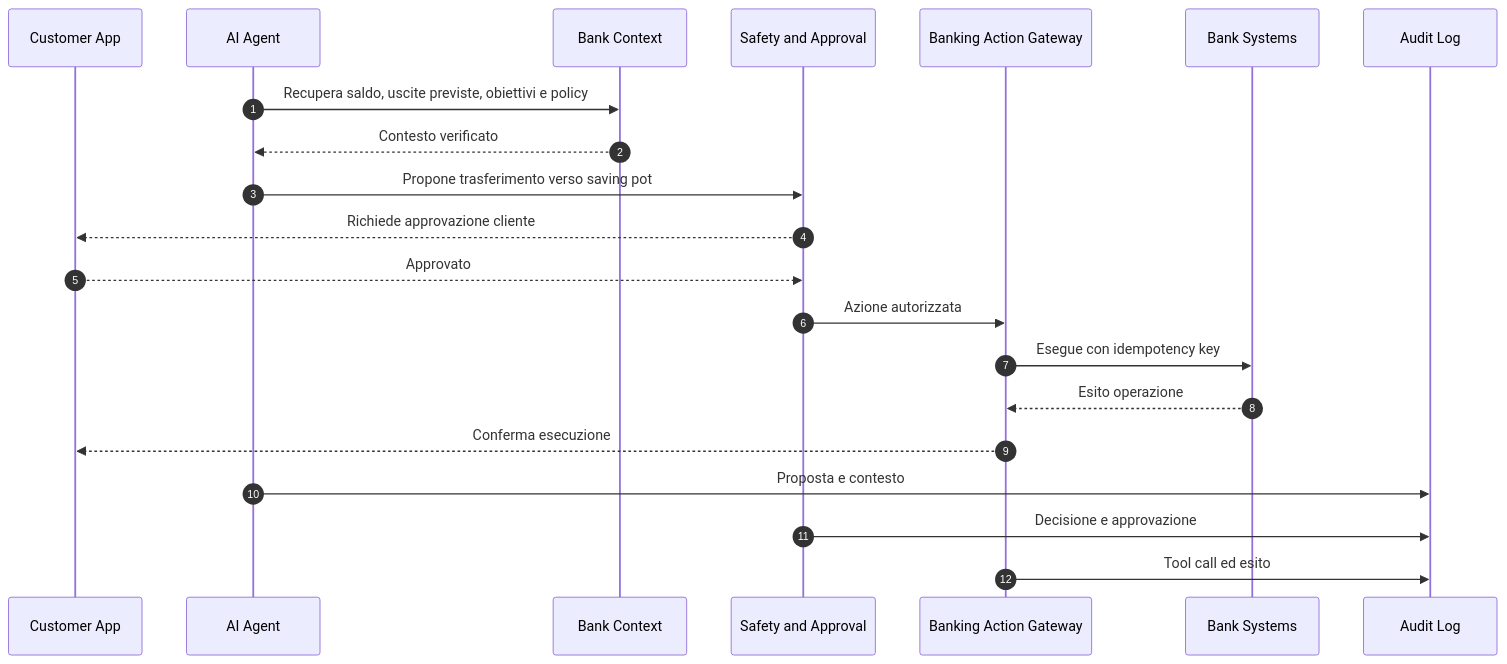
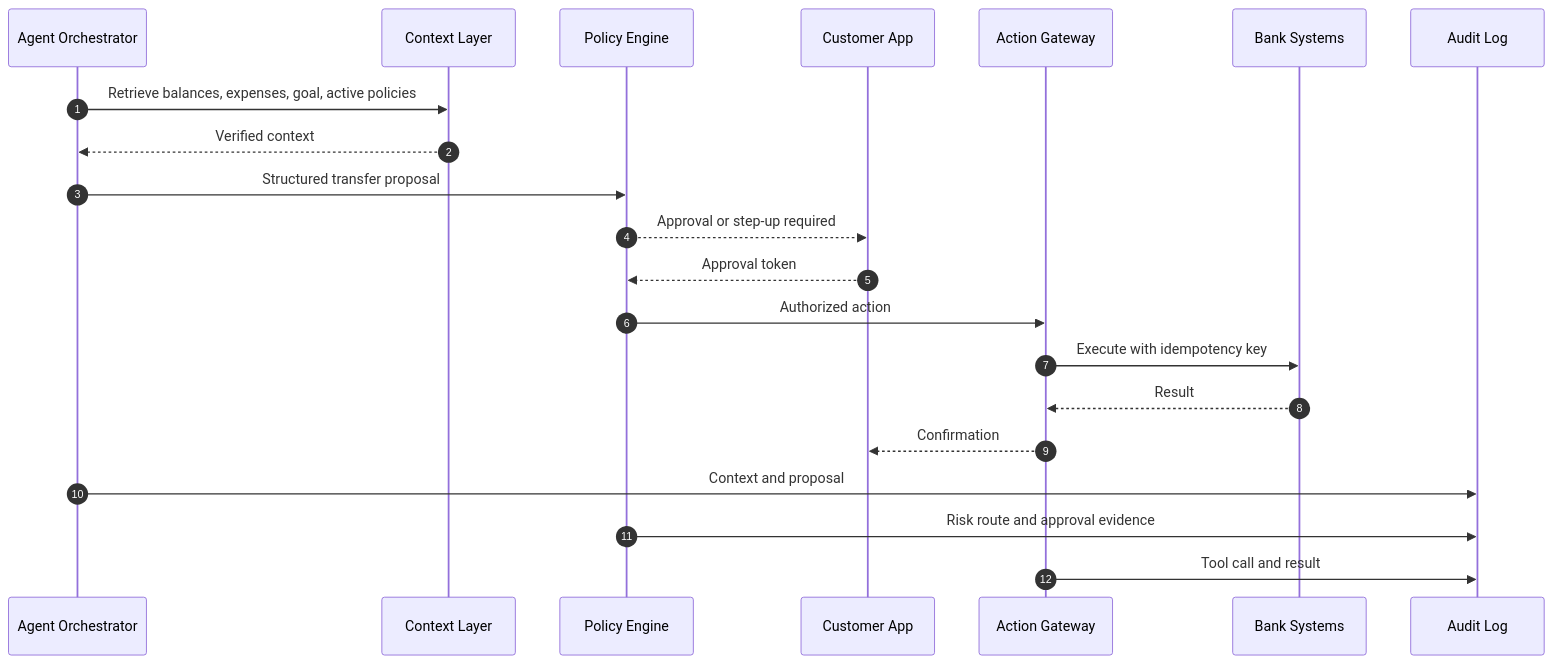
The second of 2 diagrams in docs/part_B-architecture_system_design.md (Blackhand01/enterprise-agentic-banking), drawn with Mermaid before and after one commit. The commit also changed other lines of this file and 38 other files, not shown here.

````diff
--- a/docs/part_B-architecture_system_design.md
+++ b/docs/part_B-architecture_system_design.md
@@ -61,24 +57,24 @@
 ```mermaid
 sequenceDiagram
   autonumber
-  participant UI as Customer App
-  participant A as AI Agent
-  participant C as Bank Context
-  participant S as Safety and Approval
-  participant G as Banking Action Gateway
+  participant A as Agent Orchestrator
+  participant C as Context Layer
+  participant P as Policy Engine
+  participant U as Customer App
+  participant G as Action Gateway
   participant B as Bank Systems
   participant L as Audit Log
 
-  A->>C: Recupera saldo, uscite previste, obiettivi e policy
-  C-->>A: Contesto verificato
-  A->>S: Propone trasferimento verso saving pot
-  S-->>UI: Richiede approvazione cliente
-  UI-->>S: Approvato
-  S->>G: Azione autorizzata
-  G->>B: Esegue con idempotency key
-  B-->>G: Esito operazione
-  G-->>UI: Conferma esecuzione
-  A->>L: Proposta e contesto
-  S->>L: Decisione e approvazione
-  G->>L: Tool call ed esito
+  A->>C: Retrieve balances, expenses, goal, active policies
+  C-->>A: Verified context
+  A->>P: Structured transfer proposal
+  P-->>U: Approval or step-up required
+  U-->>P: Approval token
+  P->>G: Authorized action
+  G->>B: Execute with idempotency key
+  B-->>G: Result
+  G-->>U: Confirmation
+  A->>L: Context and proposal
+  P->>L: Risk route and approval evidence
+  G->>L: Tool call and result
 ```
````
